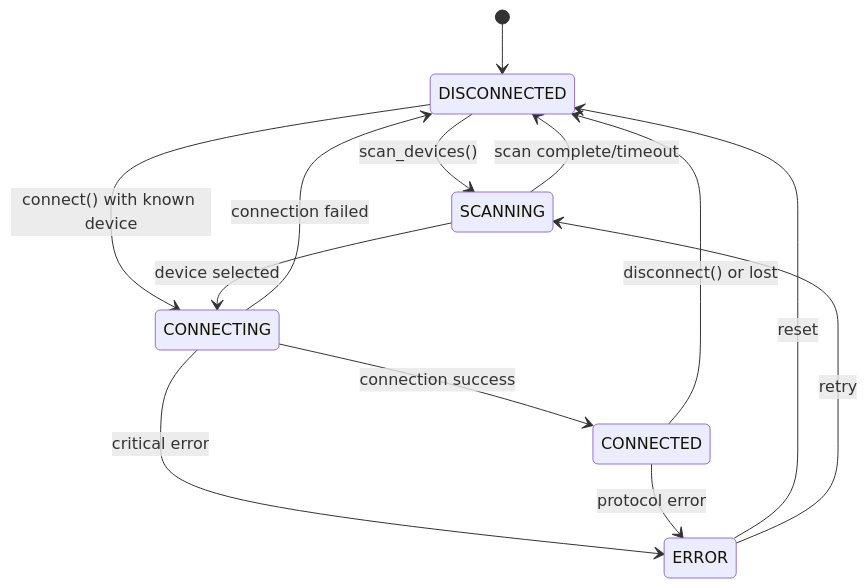
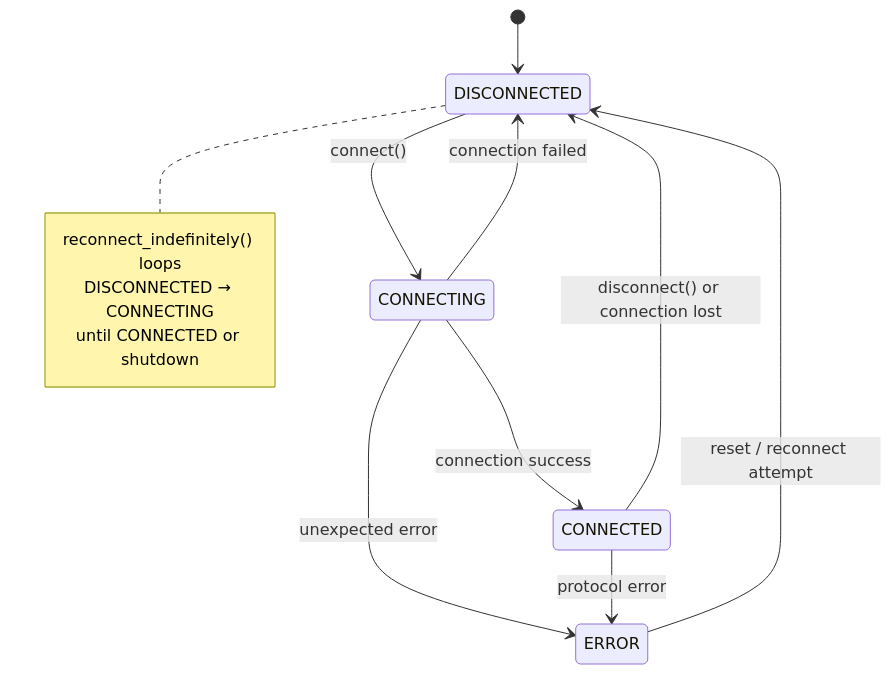
Before and after one commit to William12556/GTach: the third of 5 diagrams in workspace/design/design-gtach-master.md, drawn with Mermaid. The commit also changed other lines of this file and 27 other files, not shown here.

````diff
--- a/workspace/design/design-gtach-master.md
+++ b/workspace/design/design-gtach-master.md
@@ -796,20 +792,20 @@
 ```mermaid
 stateDiagram-v2
     [*] --> DISCONNECTED
     
-    DISCONNECTED --> SCANNING: scan_devices()
-    DISCONNECTED --> CONNECTING: connect() with known device
-    
-    SCANNING --> DISCONNECTED: scan complete/timeout
-    SCANNING --> CONNECTING: device selected
-    
+    DISCONNECTED --> CONNECTING: connect()
     CONNECTING --> CONNECTED: connection success
     CONNECTING --> DISCONNECTED: connection failed
-    CONNECTING --> ERROR: critical error
+    CONNECTING --> ERROR: unexpected error
     
-    CONNECTED --> DISCONNECTED: disconnect() or lost
+    CONNECTED --> DISCONNECTED: disconnect() or connection lost
     CONNECTED --> ERROR: protocol error
     
-    ERROR --> DISCONNECTED: reset
-    ERROR --> SCANNING: retry
+    ERROR --> DISCONNECTED: reset / reconnect attempt
+    
+    note right of DISCONNECTED
+        reconnect_indefinitely() loops
+        DISCONNECTED → CONNECTING
+        until CONNECTED or shutdown
+    end note
 ```
````
